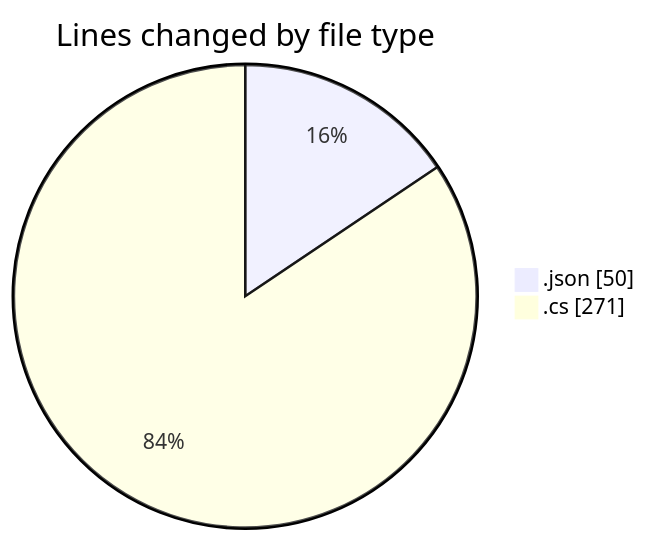
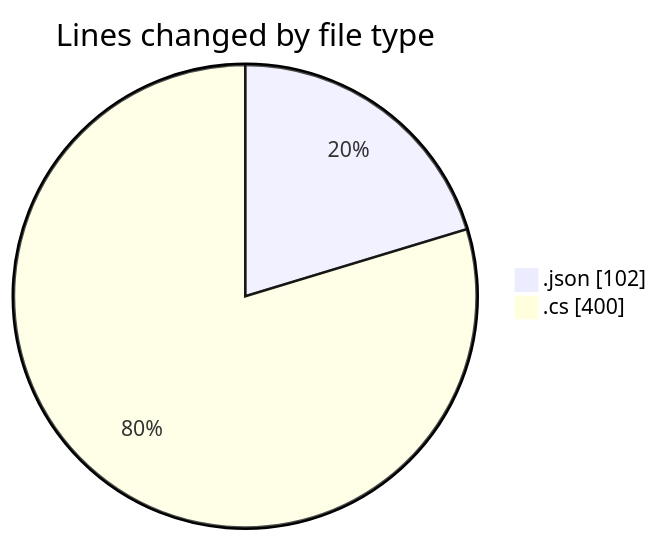
Before and after one commit to Netris89/code-tracking: the first of 2 diagrams in 2025-03-20/back-end/README.md, drawn with Mermaid. The commit also changed other lines of this file and 1 other file, not shown here.

````diff
--- a/2025-03-20/back-end/README.md
+++ b/2025-03-20/back-end/README.md
@@ -23,6 +23,6 @@
 ```mermaid
 pie showData
 title Lines changed by file type
-".json" : 50
-".cs" : 271
+".json" : 102
+".cs" : 400
 ```
````
